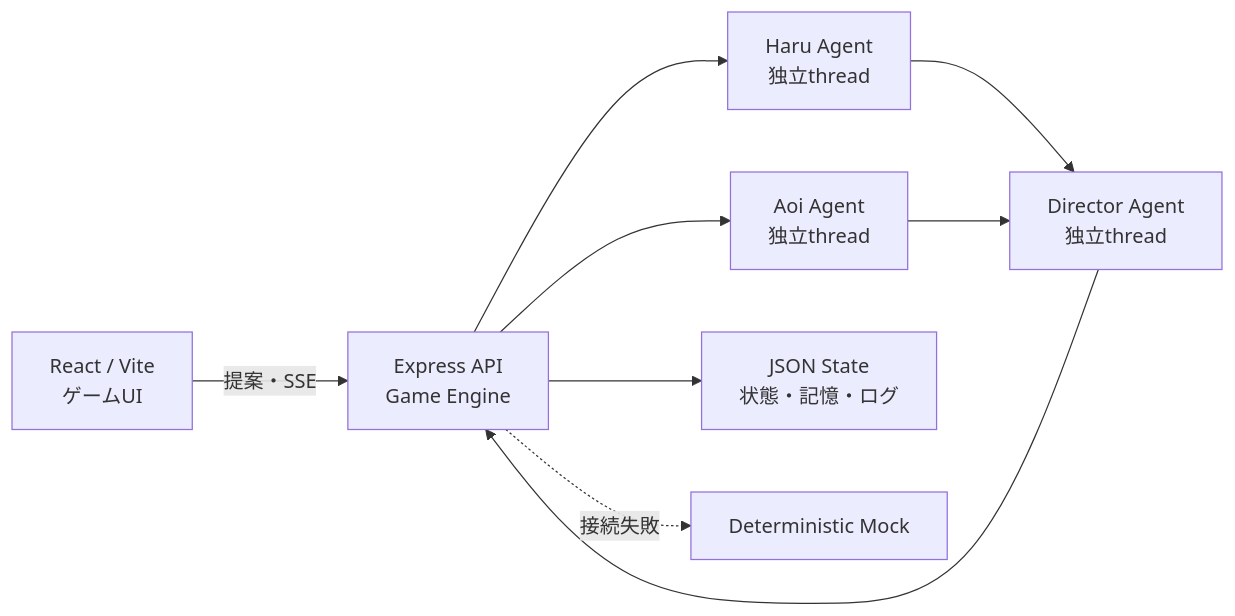
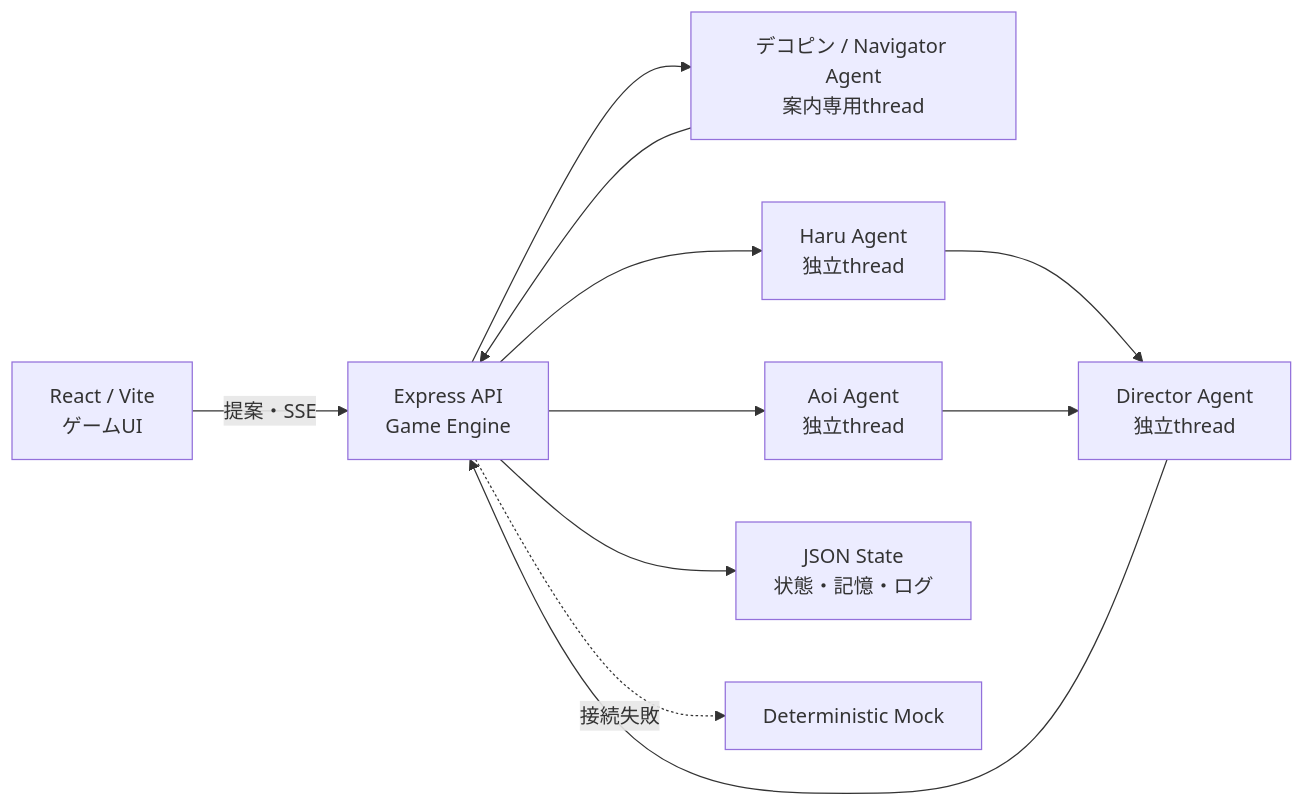
The diagram in README.md (aieo-product/roommates-autonomous-life-sim), drawn with Mermaid before and after one commit. The commit also changed other lines of this file and 75 other files, not shown here.

````diff
--- a/README.md
+++ b/README.md
@@ -16,11 +16,13 @@
 ```mermaid
 flowchart LR
     UI["React / Vite<br/>ゲームUI"] -->|"提案・SSE"| API["Express API<br/>Game Engine"]
+    API --> N["デコピン / Navigator Agent<br/>案内専用thread"]
+    N --> API
     API --> H["Haru Agent<br/>独立thread"]
     API --> A["Aoi Agent<br/>独立thread"]
     H --> D["Director Agent<br/>独立thread"]
     A --> D
     D --> API
     API --> STATE["JSON State<br/>状態・記憶・ログ"]
     API -. "接続失敗" .-> MOCK["Deterministic Mock"]
 ```
````
